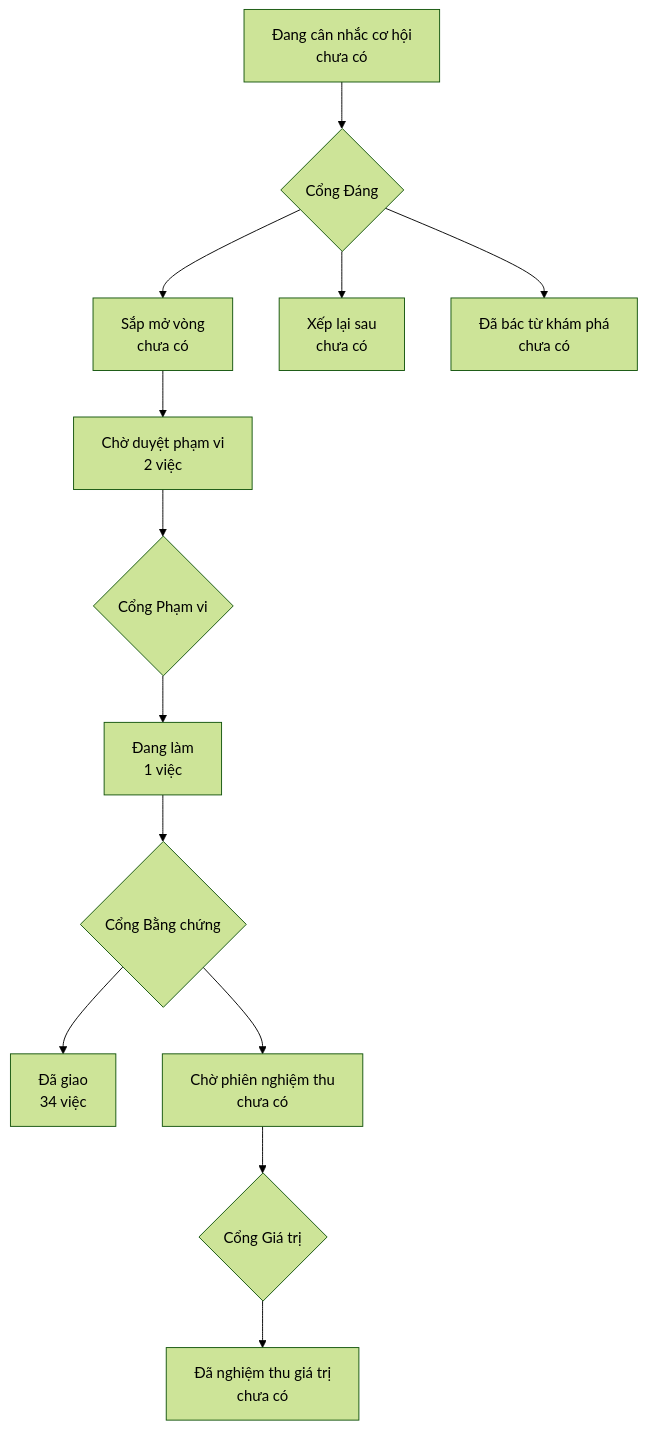
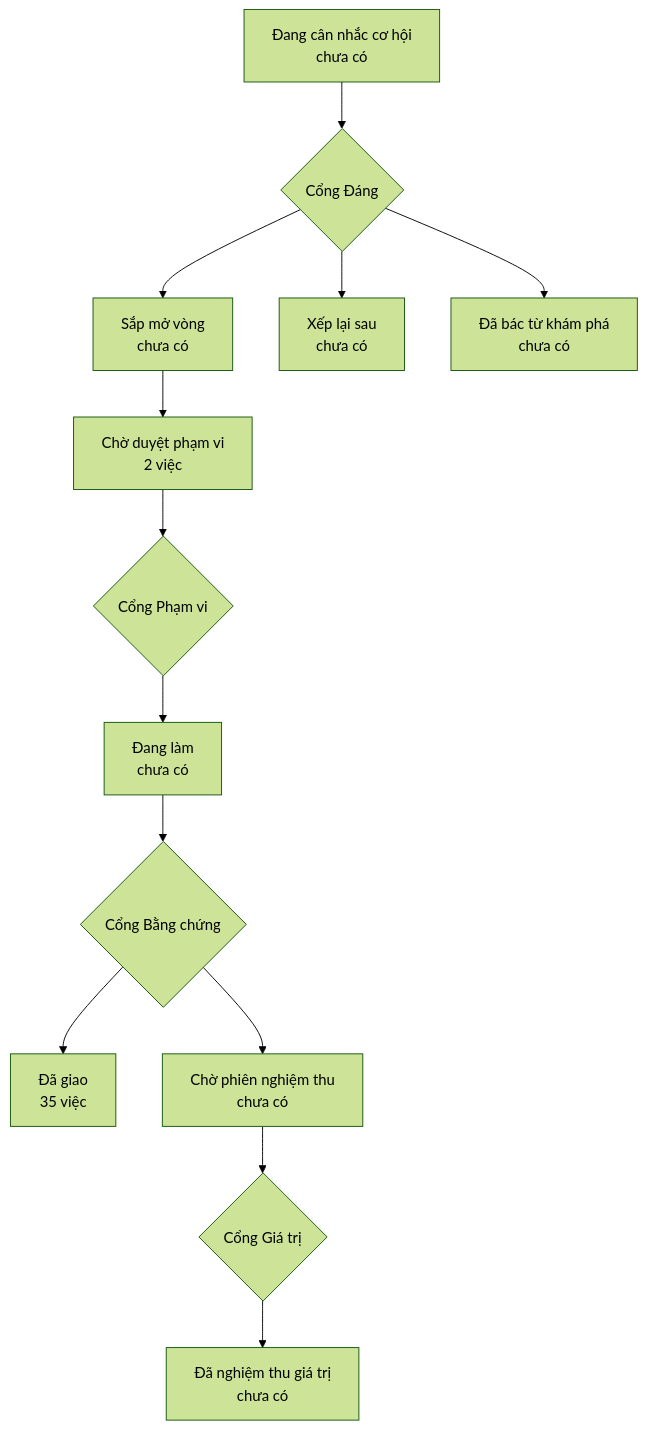
One commit to phanlemanh/acceptance-gate-kit changed the diagram in PRODUCT-MAP.md. Above: the diagram before and after it, drawn with Mermaid (forest theme). The commit also changed other lines of this file and 2 other files, not shown here.

Commit message:
acceptance(mot-luot-go-cong-nguoi): CHỮ KÝ NGƯỜI Cổng 2 — Manh Phan 2026-08-11

````diff
--- a/PRODUCT-MAP.md
+++ b/PRODUCT-MAP.md
@@ -6,12 +6,12 @@
 ```mermaid
 flowchart TD
   A["Đang cân nhắc cơ hội<br/>chưa có"] --> GD{"Cổng Đáng"}
   GD --> B["Sắp mở vòng<br/>chưa có"]
   GD --> XL["Xếp lại sau<br/>chưa có"]
   GD --> DB["Đã bác từ khám phá<br/>chưa có"]
   B --> CD["Chờ duyệt phạm vi<br/>2 việc"] --> GP{"Cổng Phạm vi"}
-  GP --> DL["Đang làm<br/>1 việc"] --> GB{"Cổng Bằng chứng"}
-  GB --> DG["Đã giao<br/>34 việc"]
+  GP --> DL["Đang làm<br/>chưa có"] --> GB{"Cổng Bằng chứng"}
+  GB --> DG["Đã giao<br/>35 việc"]
   GB --> CN["Chờ phiên nghiệm thu<br/>chưa có"] --> GG{"Cổng Giá trị"}
   GG --> NT["Đã nghiệm thu giá trị<br/>chưa có"]
 ```
````
